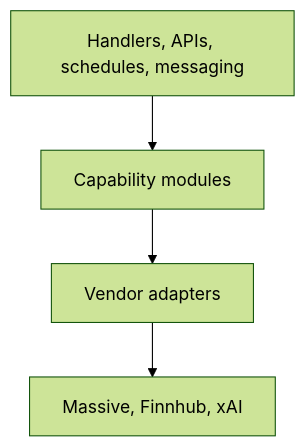
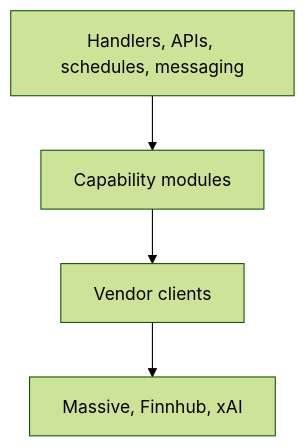
One commit to jsolly-org/stocktextalerts changed the diagram in docs/plans/2026-06-27-vendor-capability-split.md. Above: the diagram before and after it, drawn with Mermaid (forest theme). The commit also changed other lines of this file and 48 other files, not shown here.

First line of the commit message:
refactor: split vendor transport from capability modules (V2)

````diff
--- a/docs/plans/2026-06-27-vendor-capability-split.md
+++ b/docs/plans/2026-06-27-vendor-capability-split.md
@@ -24,6 +20,6 @@
 ```mermaid
 flowchart TD
-  appCode["Handlers, APIs, schedules, messaging"] --> capabilities["Capability modules"]
-  capabilities --> adapters["Vendor adapters"]
-  adapters --> externalApis["Massive, Finnhub, xAI"]
+  appCode["Handlers, APIs, schedules, messaging"] --> capabilityModules["Capability modules"]
+  capabilityModules --> vendorClients["Vendor clients"]
+  vendorClients --> externalApis["Massive, Finnhub, xAI"]
 ```
````
